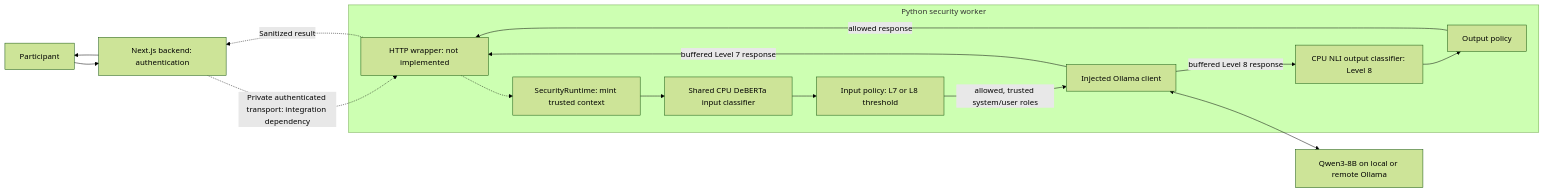
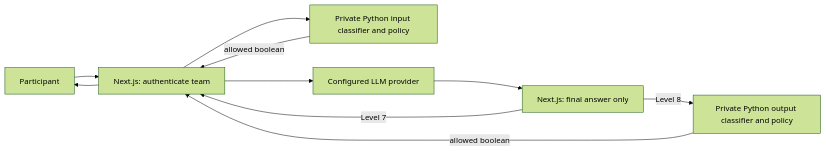
Before and after one commit to ACM-VIT/codex-cryptum-2026: the diagram in security/DEPLOYMENT.md, drawn with Mermaid (forest theme). The commit also changed other lines of this file and 36 other files, not shown here.

````diff
--- a/security/DEPLOYMENT.md
+++ b/security/DEPLOYMENT.md
@@ -22,23 +11,12 @@
 ```mermaid
 flowchart LR
-    P[Participant] --> B[Next.js backend: authentication]
-    B -.->|Private authenticated transport: integration dependency| T
-    subgraph W[Python security worker]
-        T[HTTP wrapper: not implemented]
-        R[SecurityRuntime: mint trusted context]
-        I[Shared CPU DeBERTa input classifier]
-        IP[Input policy: L7 or L8 threshold]
-        C[Injected Ollama client]
-        O[CPU NLI output classifier: Level 8]
-        OP[Output policy]
-        T -.-> R
-        R --> I --> IP
-        IP -->|allowed, trusted system/user roles| C
-        C -->|buffered Level 8 response| O --> OP
-        C -->|buffered Level 7 response| T
-        OP -->|allowed response| T
-    end
-    C <--> Q[Qwen3-8B on local or remote Ollama]
-    T -.->|Sanitized result| B
+    P[Participant] --> B[Next.js: authenticate team]
+    B --> I[Private Python input classifier and policy]
+    I -->|allowed boolean| B
+    B --> M[Configured LLM provider]
+    M --> F[Next.js: final answer only]
+    F -->|Level 8| O[Private Python output classifier and policy]
+    O -->|allowed boolean| B
+    F -->|Level 7| B
     B --> P
 ```
````
